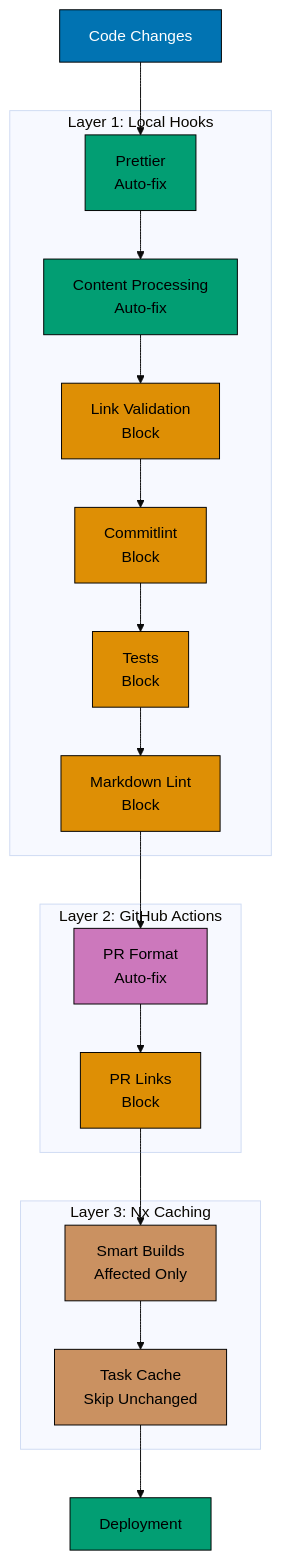
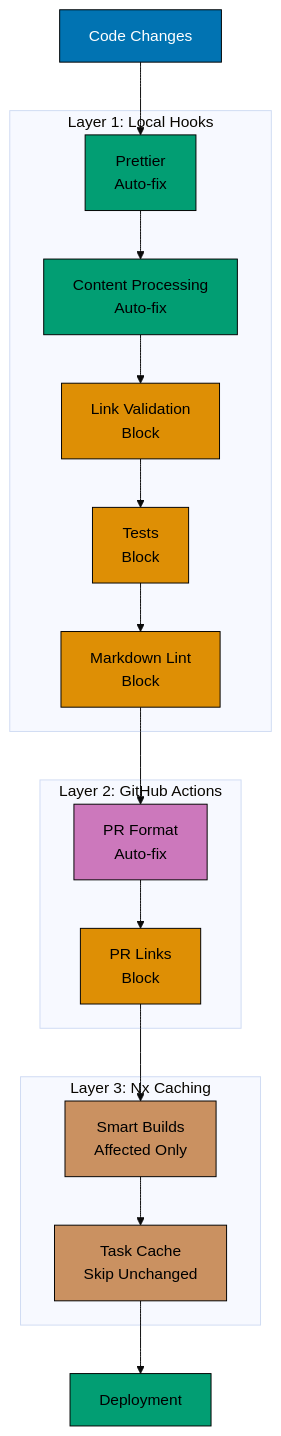
The fourth of 4 diagrams in docs/reference/system-architecture/ci-cd.md (wahidyankf/ose-public), drawn with Mermaid (base theme) before and after one commit. The commit also changed other lines of this file and 26 other files, not shown here.

````diff
--- a/docs/reference/system-architecture/ci-cd.md
+++ b/docs/reference/system-architecture/ci-cd.md
@@ -360,52 +360,50 @@
 ```mermaid
 graph TB
     accTitle: Quality Assurance Layers
-    accDescr: Code Changes leads to Prettier Auto-fix; Prettier Auto-fix leads to Content Processing Auto-fix; Content Processing Auto-fix leads to Link Validation Block; Link Validation Block leads to Commitlint Block; Commitlint Block leads to Tests Block; and 6 more links.
+    accDescr: Code Changes leads to Prettier Auto-fix; Prettier Auto-fix leads to Content Processing Auto-fix; Content Processing Auto-fix leads to Link Validation Block; Link Validation Block leads to Tests Block; and 6 more links.
     CODE[Code Changes]
 
     subgraph "Layer 1: Local Hooks"
         L1_FORMAT[Prettier<br/>Auto-fix]
         L1_CONTENT[Content Processing<br/>Auto-fix]
         L1_LINKS[Link Validation<br/>Block]
-        L1_COMMIT[Commitlint<br/>Block]
         L1_TEST[Tests<br/>Block]
         L1_MD[Markdown Lint<br/>Block]
     end
 
     subgraph "Layer 2: GitHub Actions"
         L2_FORMAT[PR Format<br/>Auto-fix]
         L2_LINKS[PR Links<br/>Block]
     end
 
     subgraph "Layer 3: Nx Caching"
         L3_BUILD[Smart Builds<br/>Affected Only]
         L3_CACHE[Task Cache<br/>Skip Unchanged]
     end
 
     DEPLOY[Deployment]
 
     CODE --> L1_FORMAT
     L1_FORMAT --> L1_CONTENT
     L1_CONTENT --> L1_LINKS
-    L1_LINKS --> L1_COMMIT
-    L1_COMMIT --> L1_TEST
+    L1_LINKS --> L1_TEST
     L1_TEST --> L1_MD
 
     L1_MD --> L2_FORMAT
     L2_FORMAT --> L2_LINKS
 
     L2_LINKS --> L3_BUILD
     L3_BUILD --> L3_CACHE
     L3_CACHE --> DEPLOY
 
     classDef blue fill:#0173B2,stroke:#000000,color:#FFFFFF
     classDef teal fill:#029E73,stroke:#000000,color:#000000
     classDef orange fill:#DE8F05,stroke:#000000,color:#000000
     classDef purple fill:#CC78BC,stroke:#000000,color:#000000
     classDef brown fill:#CA9161,stroke:#000000,color:#000000
     class CODE blue
     class L1_FORMAT,L1_CONTENT,DEPLOY teal
-    class L1_LINKS,L1_COMMIT,L1_TEST,L1_MD,L2_LINKS orange
+    class L1_LINKS,L1_TEST,L1_MD,L2_LINKS orange
     class L2_FORMAT purple
     class L3_BUILD,L3_CACHE brown
 ```
````
